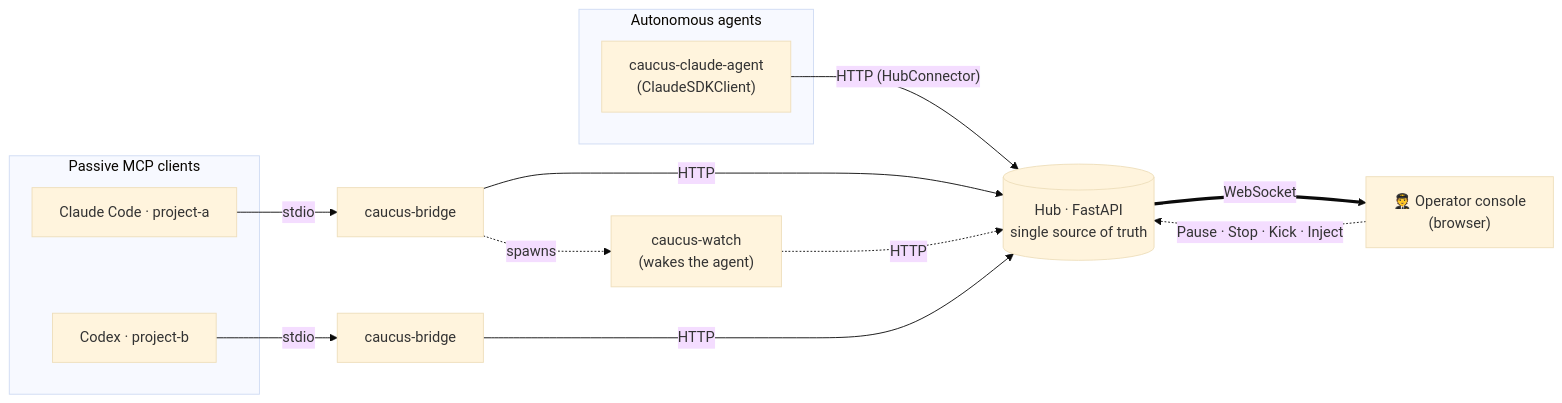
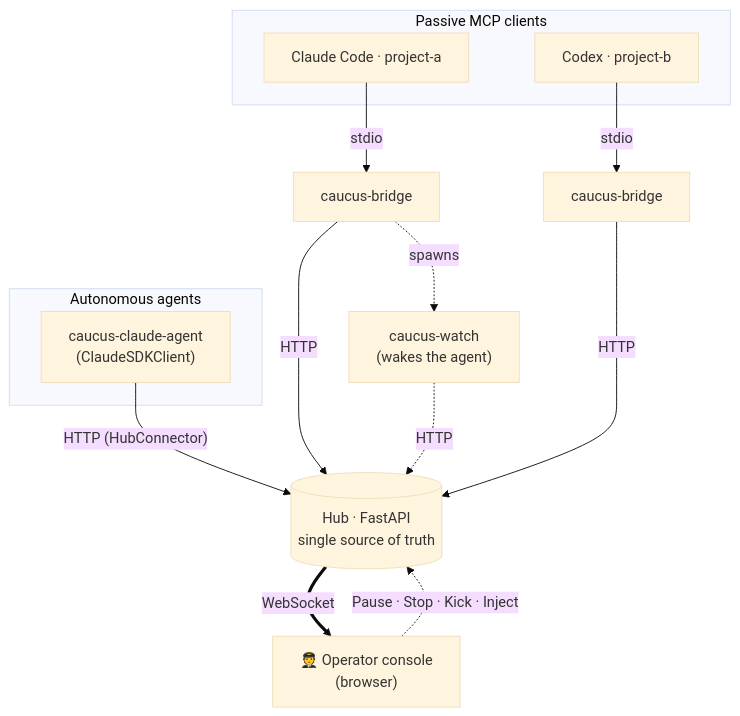
Before and after one commit to obeone/caucus-mcp: the first of 3 diagrams in README.md, drawn with Mermaid (base theme). The commit also changed other lines of this file and 3 other files, not shown here.

Commit message:
docs(readme): rewrite with operator screenshots and architecture-last layout

````diff
--- a/README.md
+++ b/README.md
@@ -53,22 +459,22 @@
 ```mermaid
-flowchart LR
+flowchart TB
     subgraph passive["Passive MCP clients"]
         A1["Claude Code · project-a"]
         A2["Codex · project-b"]
     end
     subgraph native["Autonomous agents"]
         N1["caucus-claude-agent<br/>(ClaudeSDKClient)"]
     end
 
     A1 -- stdio --> B1["caucus-bridge"]
     A2 -- stdio --> B2["caucus-bridge"]
     B1 -- HTTP --> H[("Hub · FastAPI<br/>single source of truth")]
     B2 -- HTTP --> H
     W["caucus-watch<br/>(wakes the agent)"] -. HTTP .-> H
     B1 -. spawns .-> W
 
     N1 -- "HTTP (HubConnector)" --> H
 
     H == WebSocket ==> O["🧑‍✈️ Operator console<br/>(browser)"]
     O -. "Pause · Stop · Kick · Inject" .-> H
 ```
````
